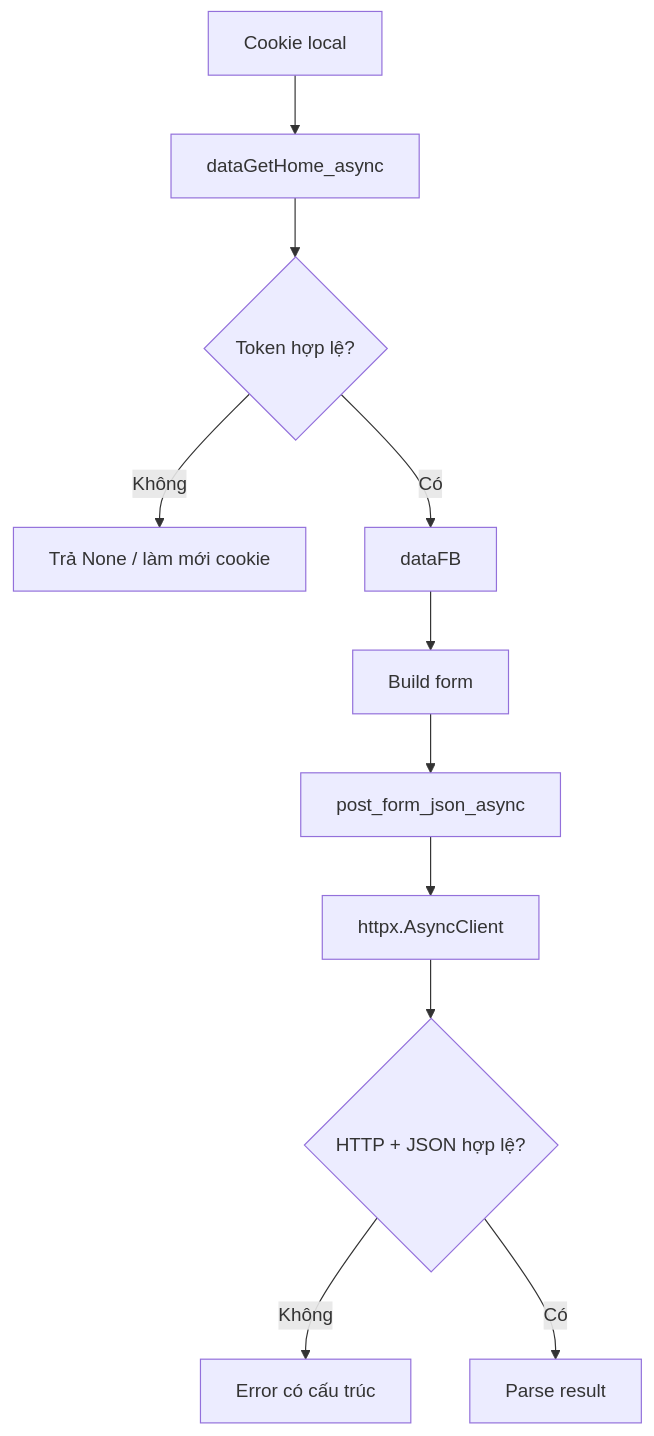
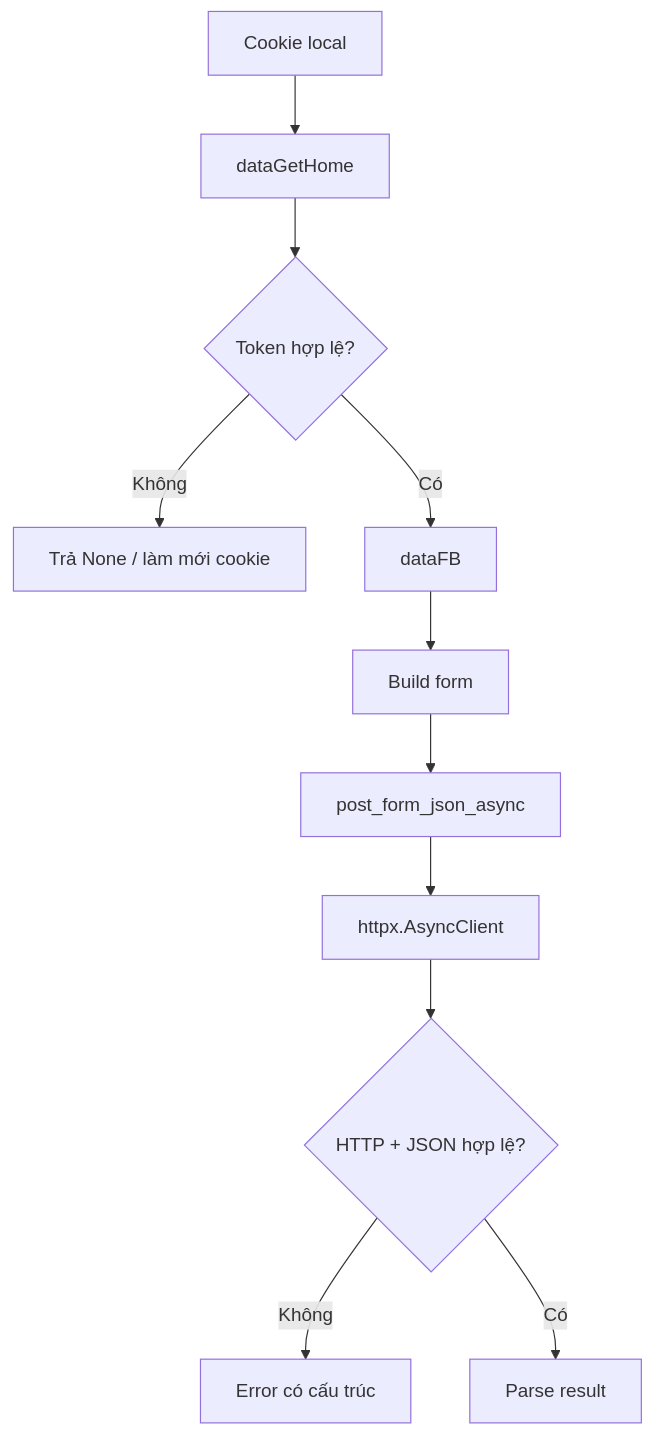
Before and after one commit to m008v/fbchat-v2: the first of 4 diagrams in FLOWCHART.md, drawn with Mermaid. The commit also changed other lines of this file and 49 other files, not shown here.

````diff
--- a/FLOWCHART.md
+++ b/FLOWCHART.md
@@ -5,13 +5,13 @@
 ```mermaid
 flowchart TD
-    A[Cookie local] --> B[dataGetHome_async]
+    A[Cookie local] --> B[dataGetHome]
     B --> C{Token hợp lệ?}
     C -- Không --> D[Trả None / làm mới cookie]
     C -- Có --> E[dataFB]
     E --> F[Build form]
     F --> G[post_form_json_async]
     G --> H[httpx.AsyncClient]
     H --> I{HTTP + JSON hợp lệ?}
     I -- Không --> J[Error có cấu trúc]
     I -- Có --> K[Parse result]
 ```
````
